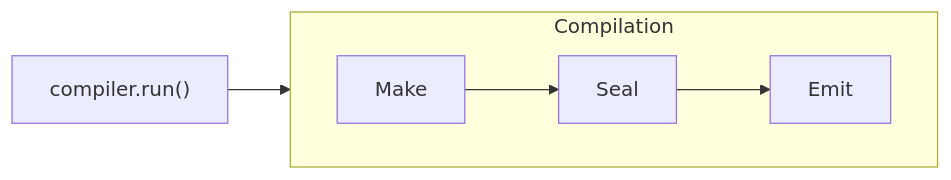
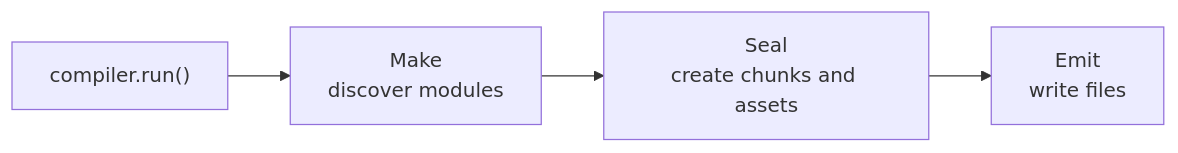
Before and after one commit to CoderSerio/blog: the third of 3 diagrams in src/content/posts/feopack.md, drawn with Mermaid. The commit also changed other lines of this file and 11 other files, not shown here.

````diff
--- a/src/content/posts/feopack.md
+++ b/src/content/posts/feopack.md
@@ -233,9 +272,6 @@
 ```mermaid
 flowchart LR
-  subgraph BundlerCore[Compilation]
-    direction LR
-    Make["Make"] --> Seal["Seal"] --> Emit["Emit"]
-  end
-
-  Run["compiler.run()"] --> Make
+  Run["compiler.run()"] --> Make["Make<br/>discover modules"]
+  Make --> Seal["Seal<br/>create chunks and assets"]
+  Seal --> Emit["Emit<br/>write files"]
 ```
````
